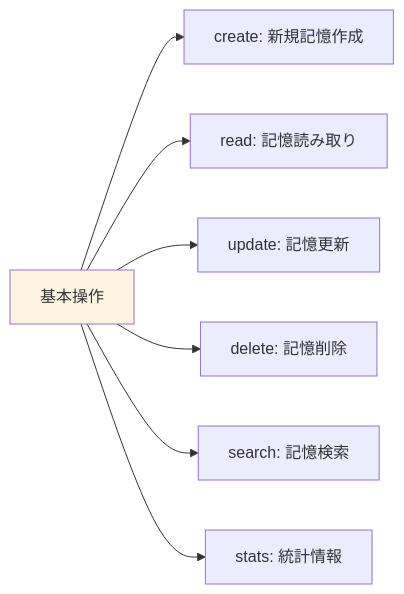
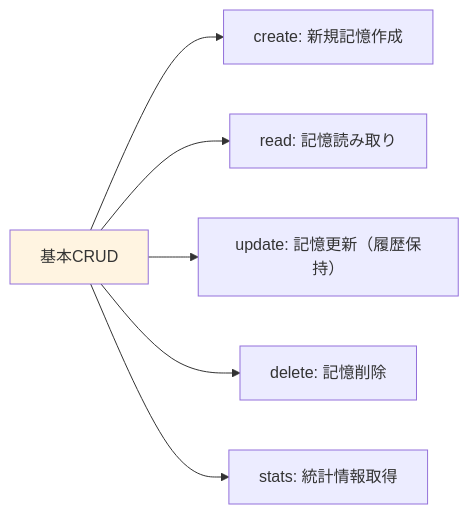
The second of 5 diagrams in docs/memory_operation_flowchart.md (solidlime/MemoryMCP), drawn with Mermaid before and after one commit. The commit also changed other lines of this file and 17 other files, not shown here.

````diff
--- a/docs/memory_operation_flowchart.md
+++ b/docs/memory_operation_flowchart.md
@@ -72,11 +62,10 @@
 ```mermaid
 flowchart LR
-    A[基本操作] --> B[create: 新規記憶作成]
+    A[基本CRUD] --> B[create: 新規記憶作成]
     A --> C[read: 記憶読み取り]
-    A --> D[update: 記憶更新]
+    A --> D[update: 記憶更新（履歴保持）]
     A --> E[delete: 記憶削除]
-    A --> F[search: 記憶検索]
-    A --> G[stats: 統計情報]
-    
+    A --> F[stats: 統計情報取得]
+
     style A fill:#fff4e1
 ```
````
